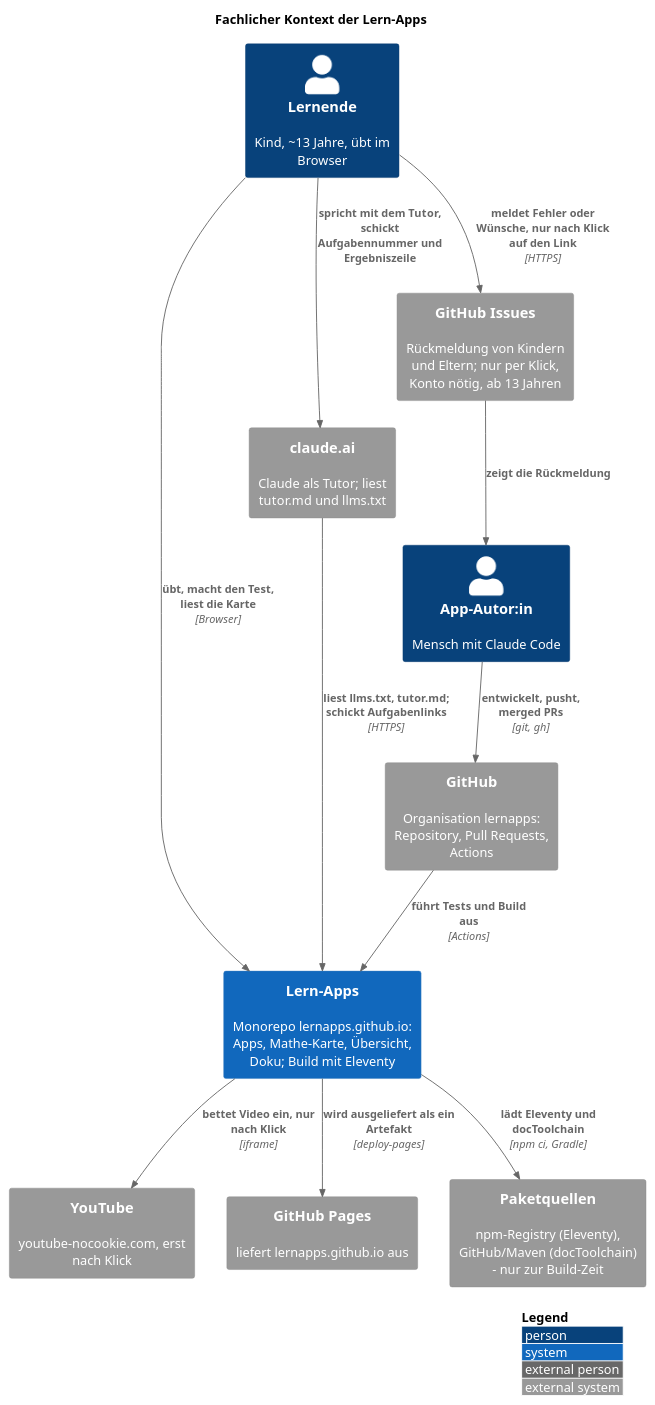
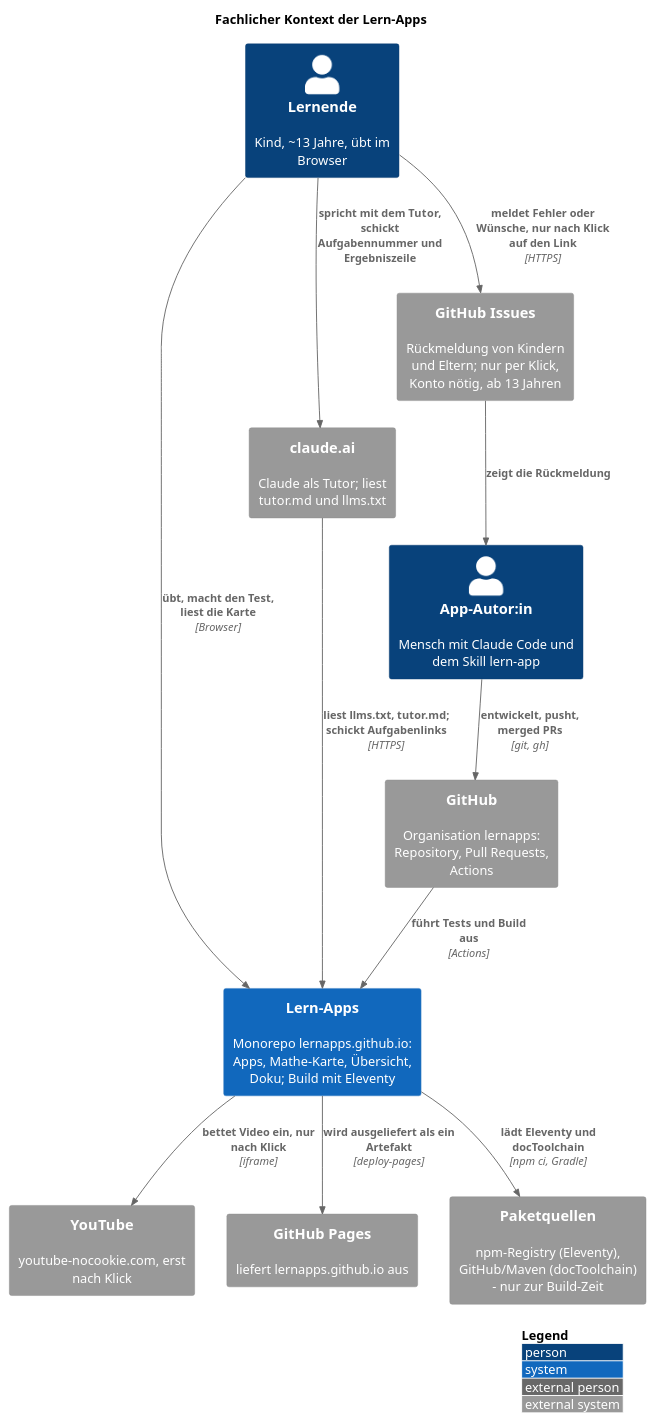
One commit to lernapps/lernapps.github.io changed the diagram in src/docs/arc42/chapters/03_context_and_scope.adoc. Above: the diagram before and after it, drawn with PlantUML. The commit also changed other lines of this file and 7 other files, not shown here.

```diff
--- a/src/docs/arc42/chapters/03_context_and_scope.adoc
+++ b/src/docs/arc42/chapters/03_context_and_scope.adoc
@@ -24,31 +24,31 @@
 [plantuml, target=kontext-fachlich, format=svg]
 ....
 @startuml
 !include <C4/C4_Context>
 LAYOUT_WITH_LEGEND()
 title Fachlicher Kontext der Lern-Apps
 
 Person(kind, "Lernende", "Kind, ~13 Jahre, übt im Browser")
-Person(autor, "App-Autor:in", "Mensch mit Claude Code")
+Person(autor, "App-Autor:in", "Mensch mit Claude Code und dem Skill lern-app")
 
 System(lernapps, "Lern-Apps", "Monorepo lernapps.github.io: Apps, Mathe-Karte, Übersicht, Doku; Build mit Eleventy")
 
 System_Ext(claude, "claude.ai", "Claude als Tutor; liest tutor.md und llms.txt")
 System_Ext(youtube, "YouTube", "youtube-nocookie.com, erst nach Klick")
 System_Ext(github, "GitHub", "Organisation lernapps: Repository, Pull Requests, Actions")
 System_Ext(issues, "GitHub Issues", "Rückmeldung von Kindern und Eltern; nur per Klick, Konto nötig, ab 13 Jahren")
 System_Ext(pages, "GitHub Pages", "liefert lernapps.github.io aus")
 System_Ext(pakete, "Paketquellen", "npm-Registry (Eleventy), GitHub/Maven (docToolchain) – nur zur Build-Zeit")
 
 Rel(kind, lernapps, "übt, macht den Test, liest die Karte", "Browser")
 Rel(kind, claude, "spricht mit dem Tutor, schickt Aufgabennummer und Ergebniszeile")
 Rel(claude, lernapps, "liest llms.txt, tutor.md; schickt Aufgabenlinks", "HTTPS")
 Rel(lernapps, youtube, "bettet Video ein, nur nach Klick", "iframe")
 Rel(kind, issues, "meldet Fehler oder Wünsche, nur nach Klick auf den Link", "HTTPS")
 Rel(issues, autor, "zeigt die Rückmeldung")
 Rel(autor, github, "entwickelt, pusht, merged PRs", "git, gh")
 Rel(github, lernapps, "führt Tests und Build aus", "Actions")
 Rel(lernapps, pakete, "lädt Eleventy und docToolchain", "npm ci, Gradle")
 Rel(lernapps, pages, "wird ausgeliefert als ein Artefakt", "deploy-pages")
 @enduml
 ....
```
